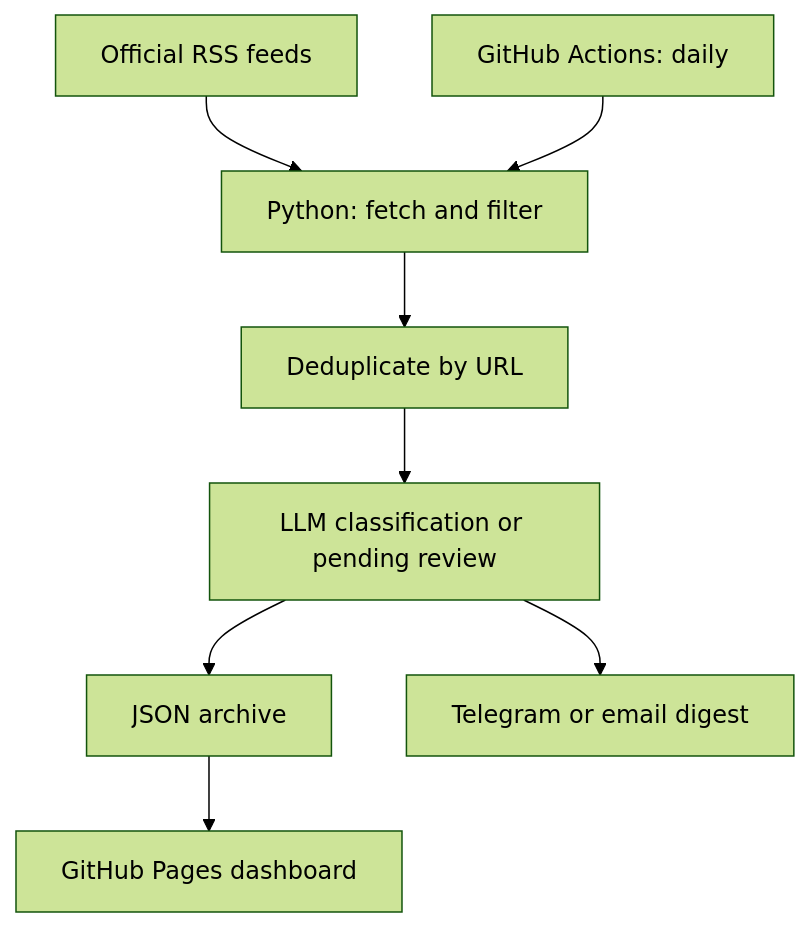
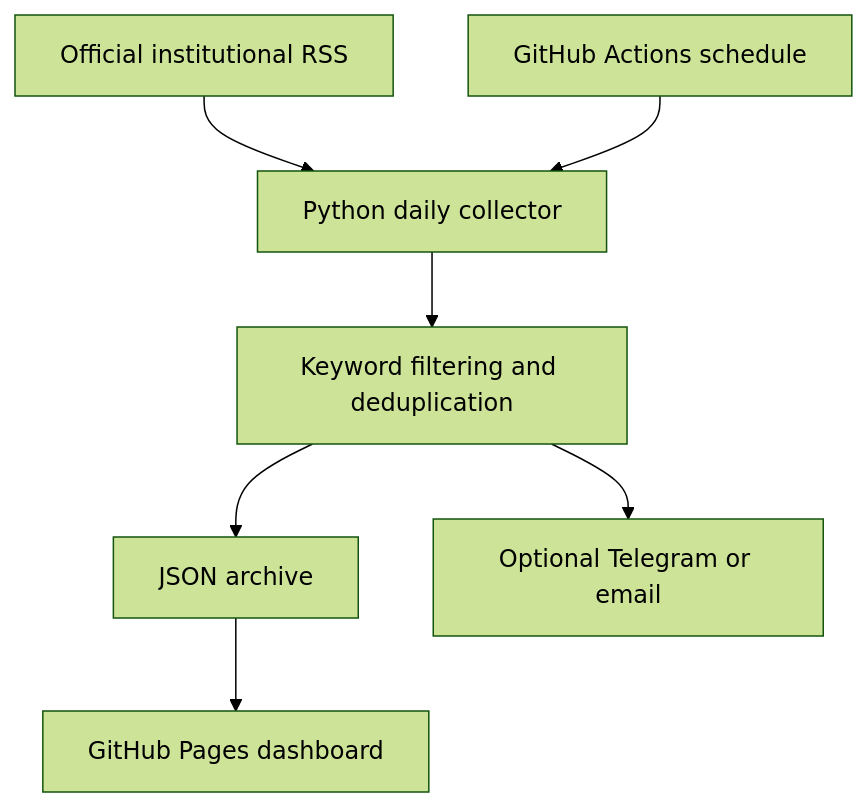
One commit to Zanna-777/ai---regulatory---radar changed the diagram in README.md. Above: the diagram before and after it, drawn with Mermaid (forest theme). The commit also changed other lines of this file and 5 other files, not shown here.

````diff
--- a/README.md
+++ b/README.md
@@ -23,10 +21,9 @@
 ```mermaid
 flowchart TD
-    A[Official RSS feeds] --> B[Python: fetch and filter]
-    B --> C[Deduplicate by URL]
-    C --> D[LLM classification or pending review]
-    D --> E[JSON archive]
-    E --> F[GitHub Pages dashboard]
-    D --> G[Telegram or email digest]
-    H[GitHub Actions: daily] --> B
+  A[Official institutional RSS] --> B[Python daily collector]
+  B --> C[Keyword filtering and deduplication]
+  C --> D[JSON archive]
+  D --> E[GitHub Pages dashboard]
+  C --> F[Optional Telegram or email]
+  G[GitHub Actions schedule] --> B
 ```
````
